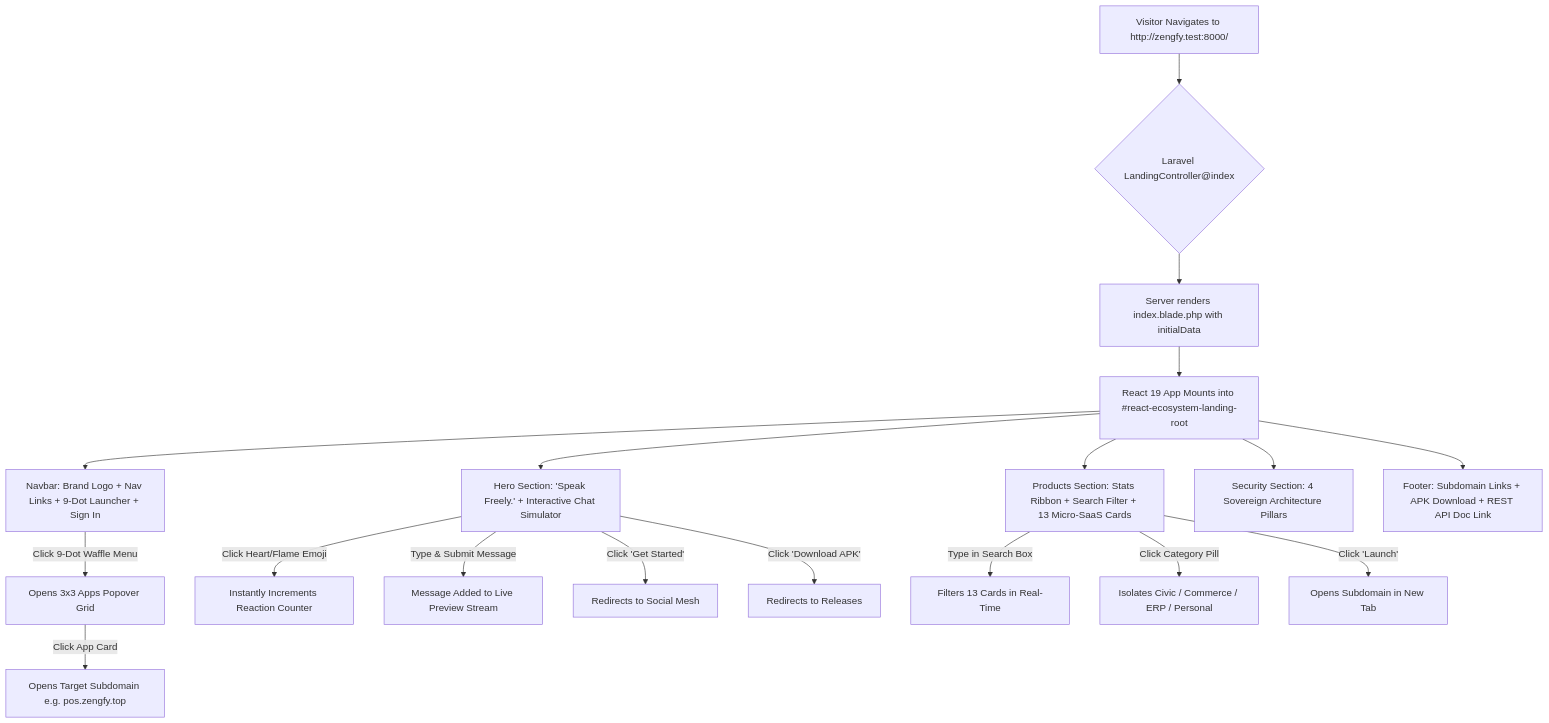
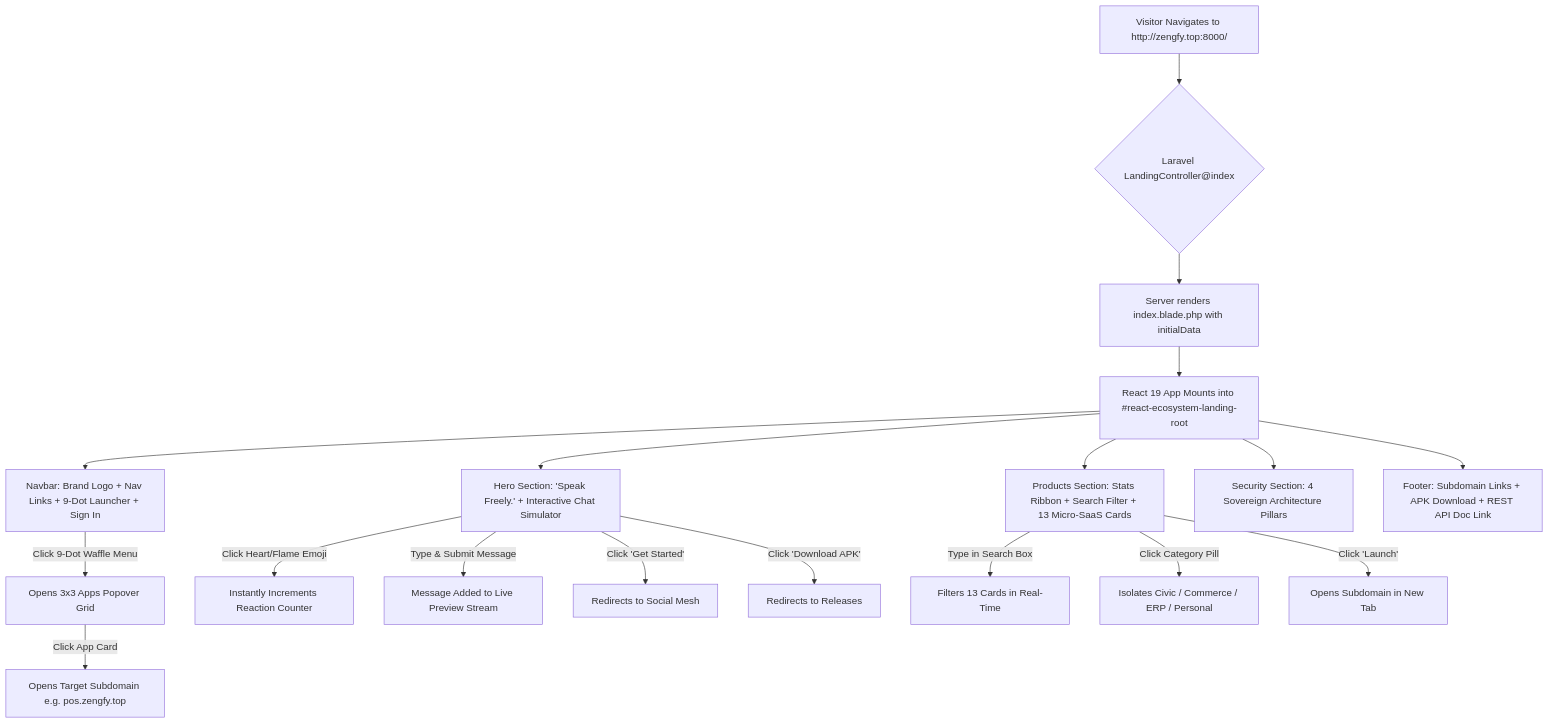
Before and after one commit to diusazzad/zengfy: the first of 3 diagrams in docs/antigravity/documents/3_App_flow.md, drawn with Mermaid. The commit also changed other lines of this file and 141 other files, not shown here.

````diff
--- a/docs/antigravity/documents/3_App_flow.md
+++ b/docs/antigravity/documents/3_App_flow.md
@@ -8,25 +8,25 @@
 ```mermaid
 graph TD
-    A[Visitor Navigates to http://zengfy.test:8000/] --> B{Laravel LandingController@index}
+    A[Visitor Navigates to http://zengfy.top:8000/] --> B{Laravel LandingController@index}
     B --> C[Server renders index.blade.php with initialData]
     C --> D[React 19 App Mounts into #react-ecosystem-landing-root]
     
     D --> E[Navbar: Brand Logo + Nav Links + 9-Dot Launcher + Sign In]
     D --> F[Hero Section: 'Speak Freely.' + Interactive Chat Simulator]
     D --> G[Products Section: Stats Ribbon + Search Filter + 13 Micro-SaaS Cards]
     D --> H[Security Section: 4 Sovereign Architecture Pillars]
     D --> I[Footer: Subdomain Links + APK Download + REST API Doc Link]
 
     %% Interactions
     E -->|Click 9-Dot Waffle Menu| J[Opens 3x3 Apps Popover Grid]
     J -->|Click App Card| K[Opens Target Subdomain e.g. pos.zengfy.top]
     
     F -->|Click Heart/Flame Emoji| L[Instantly Increments Reaction Counter]
     F -->|Type & Submit Message| M[Message Added to Live Preview Stream]
     F -->|Click 'Get Started'| N[Redirects to Social Mesh]
     F -->|Click 'Download APK'| O[Redirects to Releases]
 
     G -->|Type in Search Box| P[Filters 13 Cards in Real-Time]
     G -->|Click Category Pill| Q[Isolates Civic / Commerce / ERP / Personal]
     G -->|Click 'Launch'| R[Opens Subdomain in New Tab]
 ```
````
